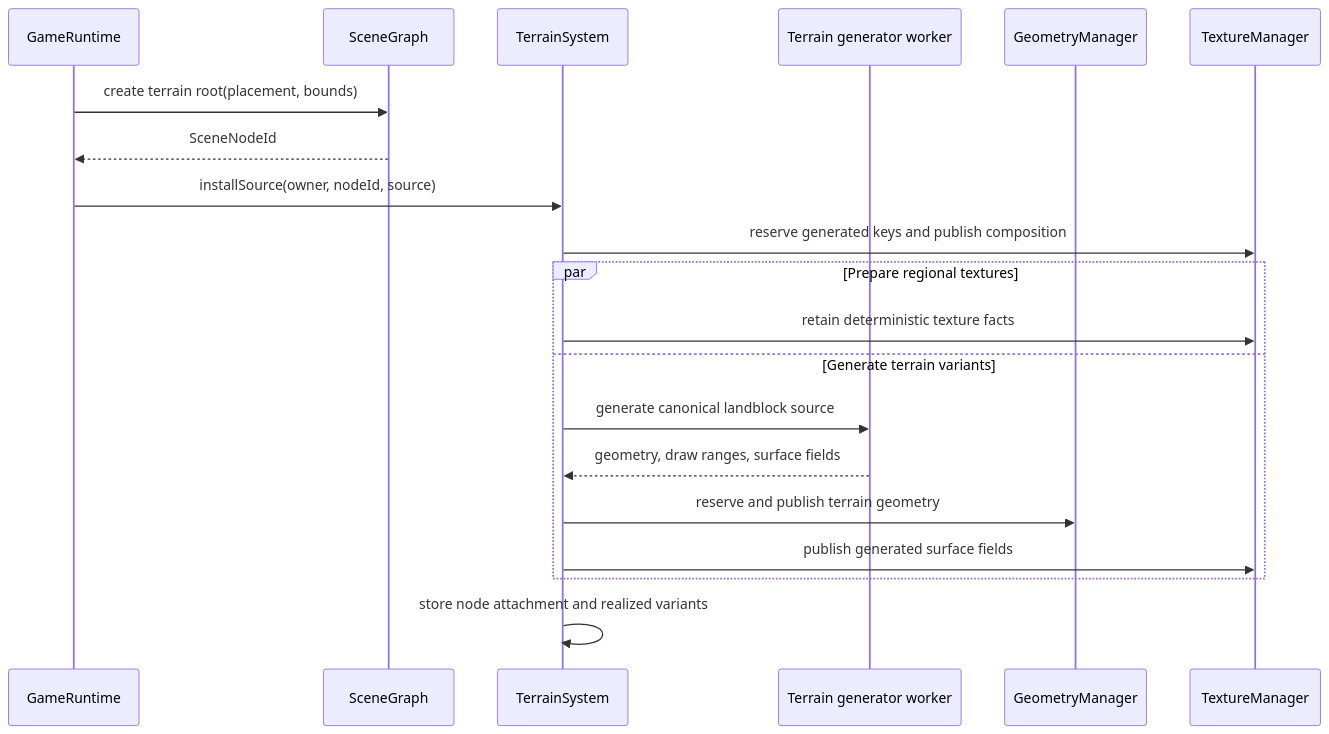
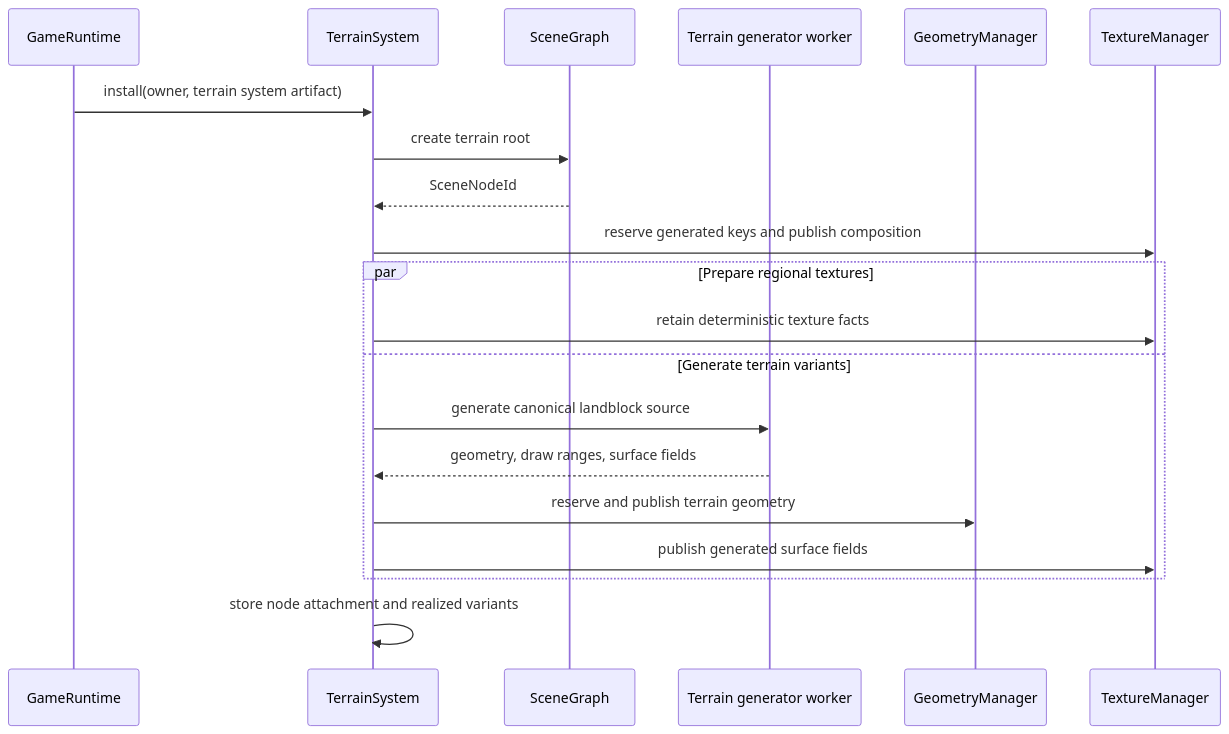
One commit to merklejerk/holtburger changed the fifth of 8 diagrams in docs/plans/holtburger-3d-render-systems-ecs-pivot-scoping.md. Above: the diagram before and after it, drawn with Mermaid. The commit also changed other lines of this file, not shown here.

````diff
--- a/docs/plans/holtburger-3d-render-systems-ecs-pivot-scoping.md
+++ b/docs/plans/holtburger-3d-render-systems-ecs-pivot-scoping.md
@@ -275,23 +699,23 @@
 ```mermaid
 sequenceDiagram
     participant Runtime as GameRuntime
+    participant Terrain as TerrainSystem
     participant Scene as SceneGraph
-    participant Terrain as TerrainSystem
     participant Generator as Terrain generator worker
     participant Geometry as GeometryManager
     participant Textures as TextureManager
 
-    Runtime->>Scene: create terrain root(placement, bounds)
-    Scene-->>Runtime: SceneNodeId
-    Runtime->>Terrain: installSource(owner, nodeId, source)
+    Runtime->>Terrain: install(owner, terrain system artifact)
+    Terrain->>Scene: create terrain root
+    Scene-->>Terrain: SceneNodeId
     Terrain->>Textures: reserve generated keys and publish composition
     par Prepare regional textures
         Terrain->>Textures: retain deterministic texture facts
     and Generate terrain variants
         Terrain->>Generator: generate canonical landblock source
         Generator-->>Terrain: geometry, draw ranges, surface fields
         Terrain->>Geometry: reserve and publish terrain geometry
         Terrain->>Textures: publish generated surface fields
     end
     Terrain->>Terrain: store node attachment and realized variants
 ```
````
